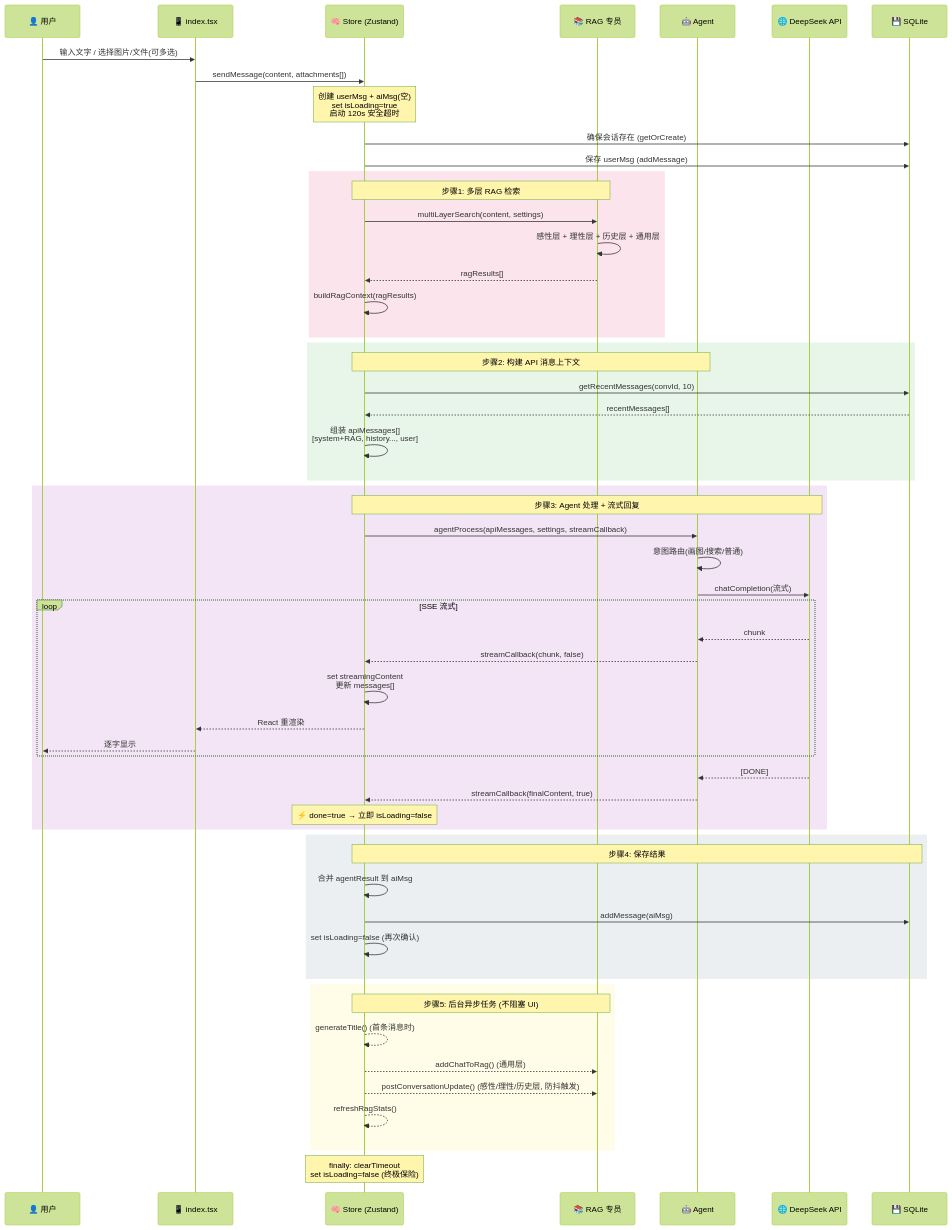
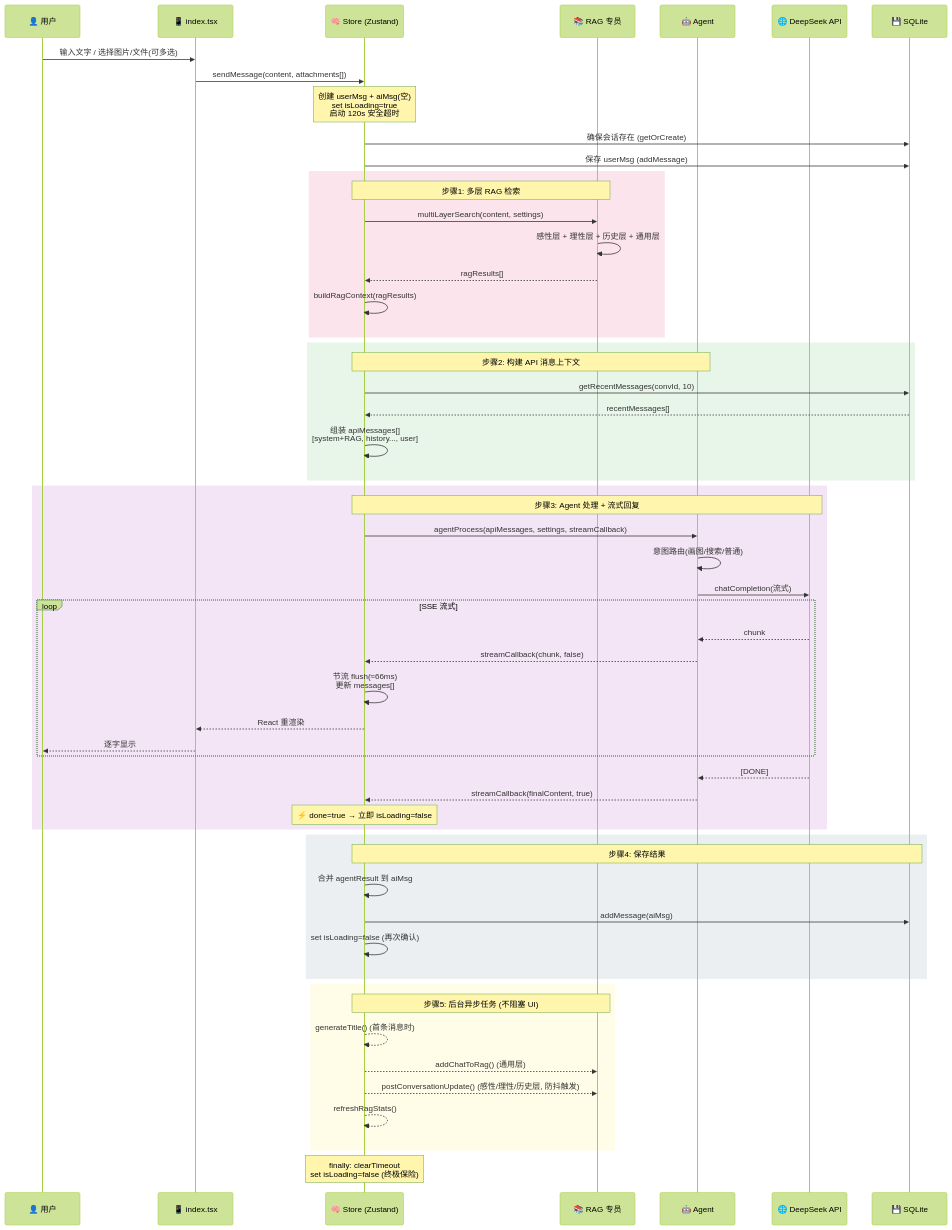
One commit to jitok123/AI-Assistant-Anywhere changed the first of 3 diagrams in 架构文档/log8_message_pipeline.md. Above: the diagram before and after it, drawn with Mermaid (forest theme). The commit also changed other lines of this file and 24 other files, not shown here.

````diff
--- a/架构文档/log8_message_pipeline.md
+++ b/架构文档/log8_message_pipeline.md
@@ -9,69 +9,69 @@
 ```mermaid
 sequenceDiagram
     participant U as 👤 用户
     participant UI as 📱 index.tsx
     participant S as 🧠 Store (Zustand)
     participant RAG as 📚 RAG 专员
     participant AG as 🤖 Agent
     participant DS as 🌐 DeepSeek API
     participant DB as 💾 SQLite
 
     U->>UI: 输入文字 / 选择图片/文件(可多选)
     UI->>S: sendMessage(content, attachments[])
     
     Note over S: 创建 userMsg + aiMsg(空)<br/>set isLoading=true<br/>启动 120s 安全超时
 
     S->>DB: 确保会话存在 (getOrCreate)
     S->>DB: 保存 userMsg (addMessage)
     
     rect rgb(252, 228, 236)
         Note over S,RAG: 步骤1: 多层 RAG 检索
         S->>RAG: multiLayerSearch(content, settings)
         RAG->>RAG: 感性层 + 理性层 + 历史层 + 通用层
         RAG-->>S: ragResults[]
         S->>S: buildRagContext(ragResults)
     end
 
     rect rgb(232, 245, 233)
         Note over S,AG: 步骤2: 构建 API 消息上下文
         S->>DB: getRecentMessages(convId, 10)
         DB-->>S: recentMessages[]
         S->>S: 组装 apiMessages[]<br/>[system+RAG, history..., user]
     end
 
     rect rgb(243, 229, 245)
         Note over S,DS: 步骤3: Agent 处理 + 流式回复
         S->>AG: agentProcess(apiMessages, settings, streamCallback)
         AG->>AG: 意图路由(画图/搜索/普通)
         AG->>DS: chatCompletion(流式)
         
         loop SSE 流式
             DS-->>AG: chunk
             AG-->>S: streamCallback(chunk, false)
-            S->>S: set streamingContent<br/>更新 messages[]
+            S->>S: 节流 flush(≈66ms)<br/>更新 messages[]
             S-->>UI: React 重渲染
             UI-->>U: 逐字显示
         end
         
         DS-->>AG: [DONE]
         AG-->>S: streamCallback(finalContent, true)
         Note over S: ⚡ done=true → 立即 isLoading=false
     end
 
     rect rgb(236, 239, 241)
         Note over S,DB: 步骤4: 保存结果
         S->>S: 合并 agentResult 到 aiMsg
         S->>DB: addMessage(aiMsg)
         S->>S: set isLoading=false (再次确认)
     end
 
     rect rgb(255, 253, 231)
         Note over S,RAG: 步骤5: 后台异步任务 (不阻塞 UI)
         S-->>S: generateTitle() (首条消息时)
         S-->>RAG: addChatToRag() (通用层)
         S-->>RAG: postConversationUpdate() (感性/理性/历史层, 防抖触发)
         S-->>S: refreshRagStats()
     end
 
     Note over S: finally: clearTimeout<br/>set isLoading=false (终极保险)
 ```
````
